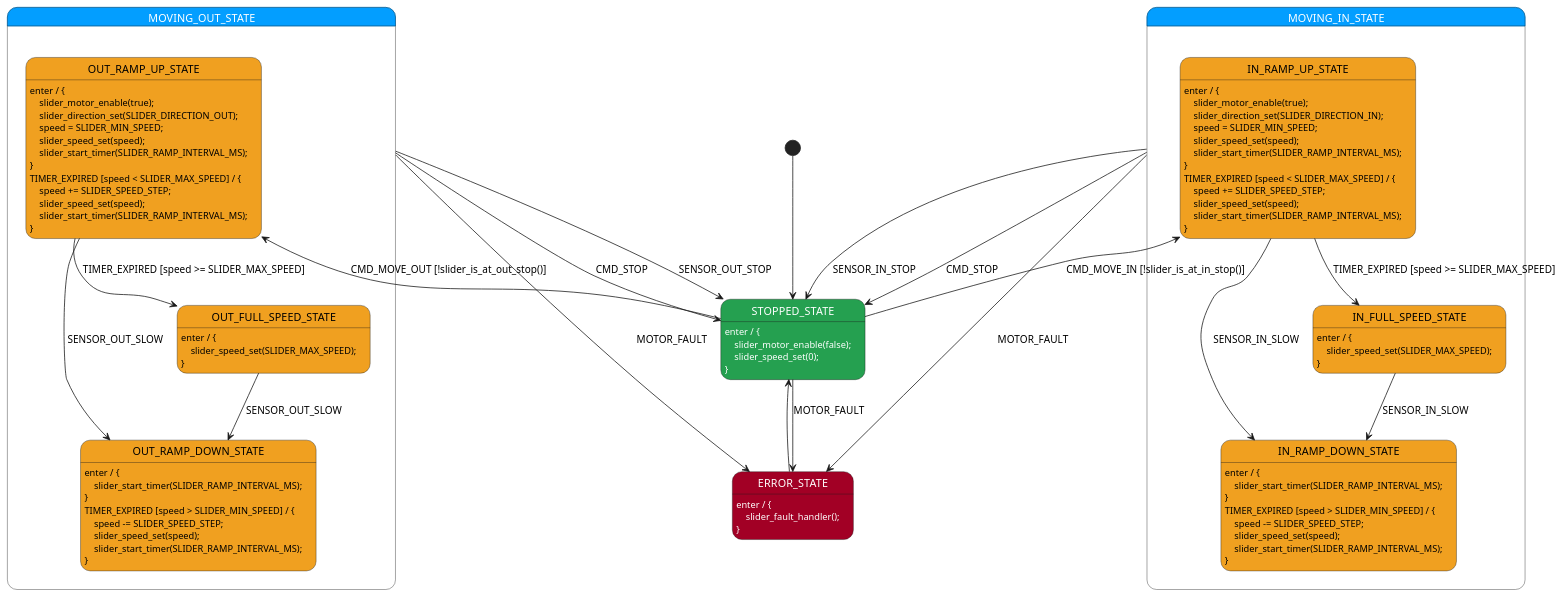
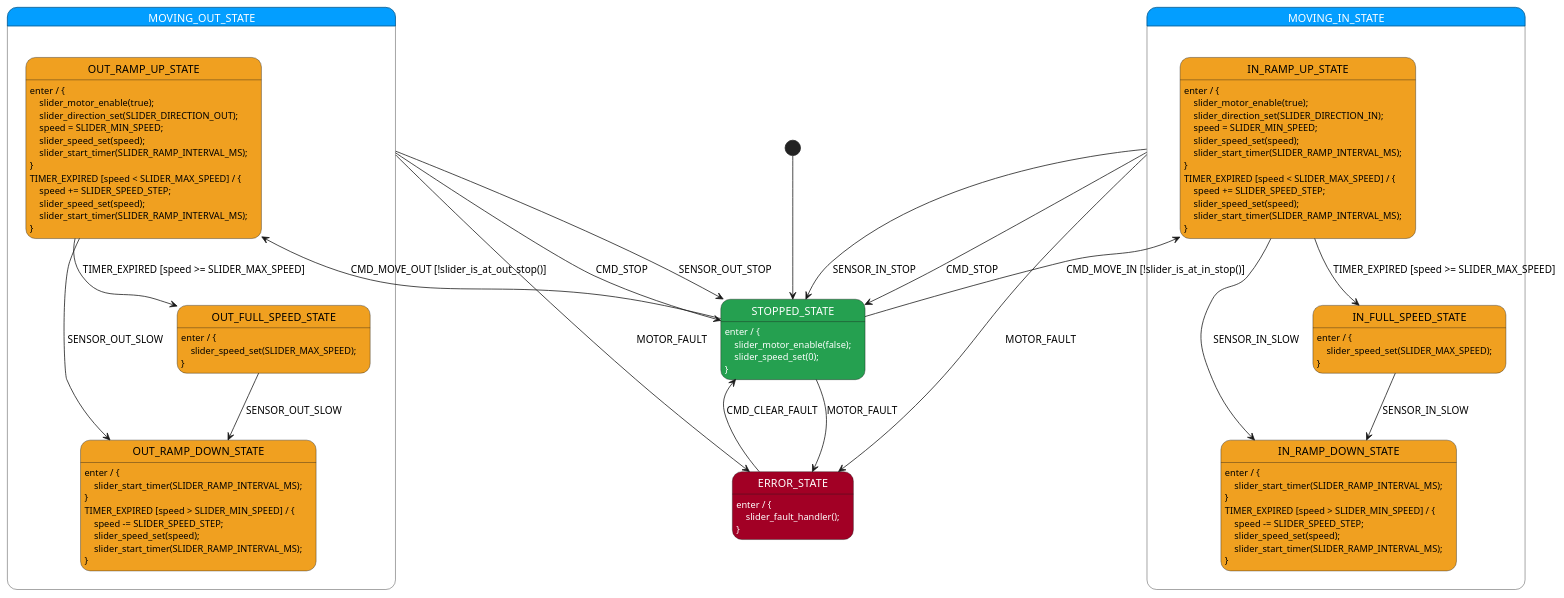
One commit to xanderhendriks/tv-slider changed the diagram in esp32/main/slider_state_machine.plantuml. Above: the diagram before and after it, drawn with PlantUML. The commit also changed 6 other files, not shown here.

```diff
--- a/esp32/main/slider_state_machine.plantuml
+++ b/esp32/main/slider_state_machine.plantuml
@@ -1,119 +1,119 @@
 @startuml slider_state_machine
 
 /'
   State Machine for TV Slider
   
   The system controls a stepper motor to slide a TV in/out of a wall.
   
   Hall Sensors: 
   - IN_STOP:  TV fully retracted (in position)
   - IN_SLOW:  Approaching in position (start ramping down)
   - OUT_SLOW:  Approaching out position (start ramping down)
   - OUT_STOP: TV fully extended (out position)
   
   Event-driven architecture:  uses timer events for ramping
 '/
 
 ' ///////////////////////////// STYLES /////////////////////////////
 skinparam state {
     BackgroundColor<<red>> a20025
     FontColor<<red>> white
     BackgroundColor<<green>> 25a050
     FontColor<<green>> white
     BackgroundColor<<yellow>> f0a020
     FontColor<<yellow>> black
     BackgroundColor<<blue>> 039eff
     FontColor<<blue>> white
 }
 
 ' //////////////////////// STATE ORGANIZATION ///////////////////////
 
 state STOPPED_STATE <<green>>
 state ERROR_STATE <<red>>
 
 state MOVING_OUT_STATE <<blue>> {
     state OUT_RAMP_UP_STATE <<yellow>>
     state OUT_FULL_SPEED_STATE <<yellow>>
     state OUT_RAMP_DOWN_STATE <<yellow>>
 }
 
 state MOVING_IN_STATE <<blue>> {
     state IN_RAMP_UP_STATE <<yellow>>
     state IN_FULL_SPEED_STATE <<yellow>>
     state IN_RAMP_DOWN_STATE <<yellow>>
 }
 
 ' ///////////////////////// STATE HANDLERS /////////////////////////
 
 [*] --> STOPPED_STATE
 
 STOPPED_STATE: enter / { \n    slider_motor_enable(false); \n    slider_speed_set(0); \n}
 STOPPED_STATE --> OUT_RAMP_UP_STATE: CMD_MOVE_OUT [!slider_is_at_out_stop()]
 STOPPED_STATE --> IN_RAMP_UP_STATE: CMD_MOVE_IN [!slider_is_at_in_stop()]
 STOPPED_STATE -down-> ERROR_STATE: MOTOR_FAULT
 
 ' ===== COMMON TRANSITIONS FOR ALL MOVING STATES =====
 MOVING_OUT_STATE --> STOPPED_STATE: CMD_STOP
 MOVING_OUT_STATE --> STOPPED_STATE: SENSOR_OUT_STOP
 MOVING_OUT_STATE --> ERROR_STATE: MOTOR_FAULT
 
 MOVING_IN_STATE --> STOPPED_STATE: CMD_STOP
 MOVING_IN_STATE --> STOPPED_STATE: SENSOR_IN_STOP
 MOVING_IN_STATE --> ERROR_STATE: MOTOR_FAULT
 
 ' ===== MOVING OUT =====
 OUT_RAMP_UP_STATE: enter / { \n    slider_motor_enable(true); \n    slider_direction_set(SLIDER_DIRECTION_OUT); \n    speed = SLIDER_MIN_SPEED; \n    slider_speed_set(speed); \n    slider_start_timer(SLIDER_RAMP_INTERVAL_MS); \n}
 OUT_RAMP_UP_STATE: TIMER_EXPIRED [speed < SLIDER_MAX_SPEED] / { \n    speed += SLIDER_SPEED_STEP; \n    slider_speed_set(speed); \n    slider_start_timer(SLIDER_RAMP_INTERVAL_MS); \n}
 OUT_RAMP_UP_STATE --> OUT_FULL_SPEED_STATE: TIMER_EXPIRED [speed >= SLIDER_MAX_SPEED]
 OUT_RAMP_UP_STATE --> OUT_RAMP_DOWN_STATE: SENSOR_OUT_SLOW
 
 OUT_FULL_SPEED_STATE: enter / { \n    slider_speed_set(SLIDER_MAX_SPEED); \n}
 OUT_FULL_SPEED_STATE --> OUT_RAMP_DOWN_STATE:  SENSOR_OUT_SLOW
 
 OUT_RAMP_DOWN_STATE:  enter / { \n    slider_start_timer(SLIDER_RAMP_INTERVAL_MS); \n}
 OUT_RAMP_DOWN_STATE: TIMER_EXPIRED [speed > SLIDER_MIN_SPEED] / { \n    speed -= SLIDER_SPEED_STEP; \n    slider_speed_set(speed); \n    slider_start_timer(SLIDER_RAMP_INTERVAL_MS); \n}
 
 ' ===== MOVING IN =====
 IN_RAMP_UP_STATE: enter / { \n    slider_motor_enable(true); \n    slider_direction_set(SLIDER_DIRECTION_IN); \n    speed = SLIDER_MIN_SPEED; \n    slider_speed_set(speed); \n    slider_start_timer(SLIDER_RAMP_INTERVAL_MS); \n}
 IN_RAMP_UP_STATE: TIMER_EXPIRED [speed < SLIDER_MAX_SPEED] / { \n    speed += SLIDER_SPEED_STEP; \n    slider_speed_set(speed); \n    slider_start_timer(SLIDER_RAMP_INTERVAL_MS); \n}
 IN_RAMP_UP_STATE --> IN_FULL_SPEED_STATE: TIMER_EXPIRED [speed >= SLIDER_MAX_SPEED]
 IN_RAMP_UP_STATE --> IN_RAMP_DOWN_STATE: SENSOR_IN_SLOW
 
 IN_FULL_SPEED_STATE: enter / { \n    slider_speed_set(SLIDER_MAX_SPEED); \n}
 IN_FULL_SPEED_STATE --> IN_RAMP_DOWN_STATE: SENSOR_IN_SLOW
 
 IN_RAMP_DOWN_STATE: enter / { \n    slider_start_timer(SLIDER_RAMP_INTERVAL_MS); \n}
 IN_RAMP_DOWN_STATE: TIMER_EXPIRED [speed > SLIDER_MIN_SPEED] / { \n    speed -= SLIDER_SPEED_STEP; \n    slider_speed_set(speed); \n    slider_start_timer(SLIDER_RAMP_INTERVAL_MS); \n}
 
 ' ===== ERROR_STATE STATE =====
 ERROR_STATE: enter / { \n    slider_fault_handler(); \n}
-ERROR_STATE --> STOPPED_STATE
+ERROR_STATE --> STOPPED_STATE: CMD_CLEAR_FAULT
 
 ' //////////////////////// StateSmith config ////////////////////////
 /'!  $CONFIG : toml
 [RenderConfig]
 FileTop = """
     // Motor Controller State Machine for TV Slider
     // Generated by StateSmith
     // Event-driven architecture
     """
 AutoExpandedVars = """
     uint16_t speed;               // current motor speed
     """
 
 [RenderConfig.C]
 HFileIncludes = """
     #include <stdint.h>
     #include <stdbool.h>
     #include "slider_types.h"
     """
 CFileIncludes = """
     #include "esp_log.h"
     #include "slider.h"
     """
 
 [SmRunnerSettings]
 transpilerId = "C99"
 '/
 
 @enduml
```
